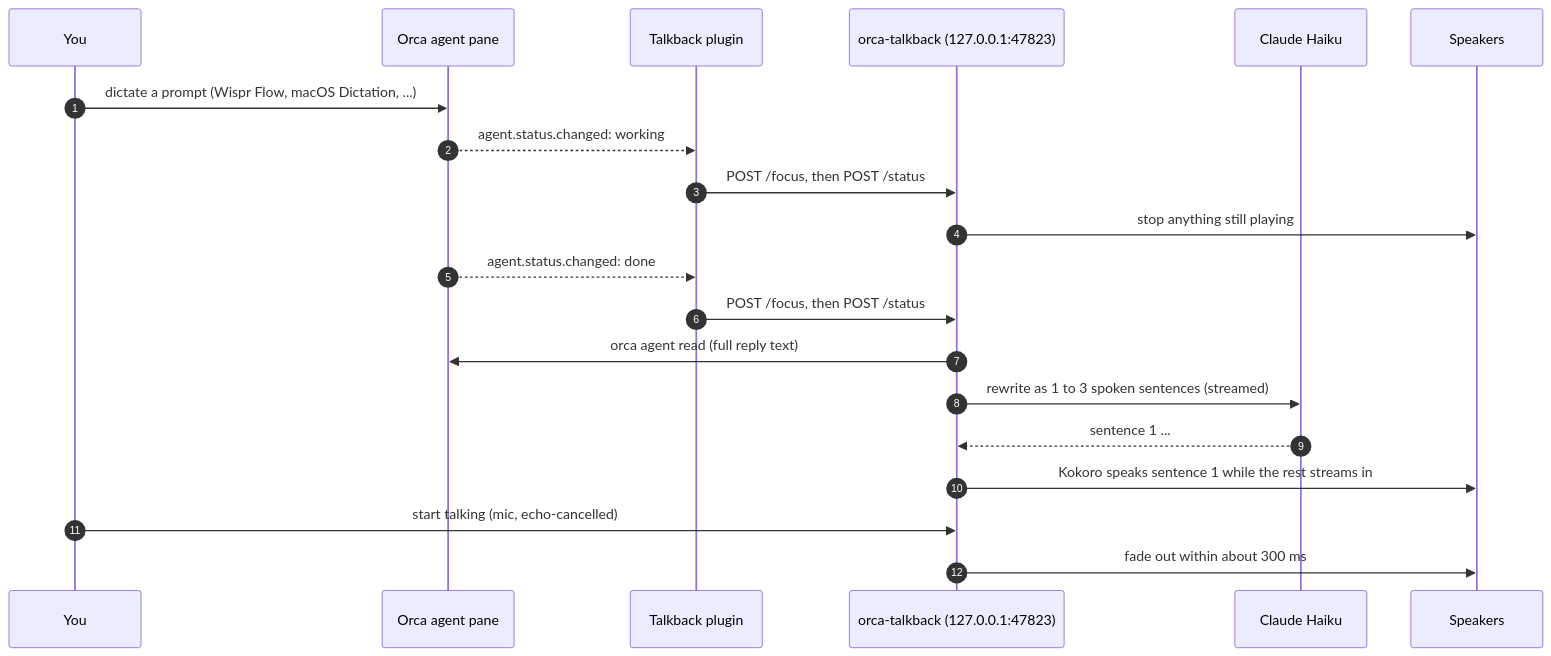
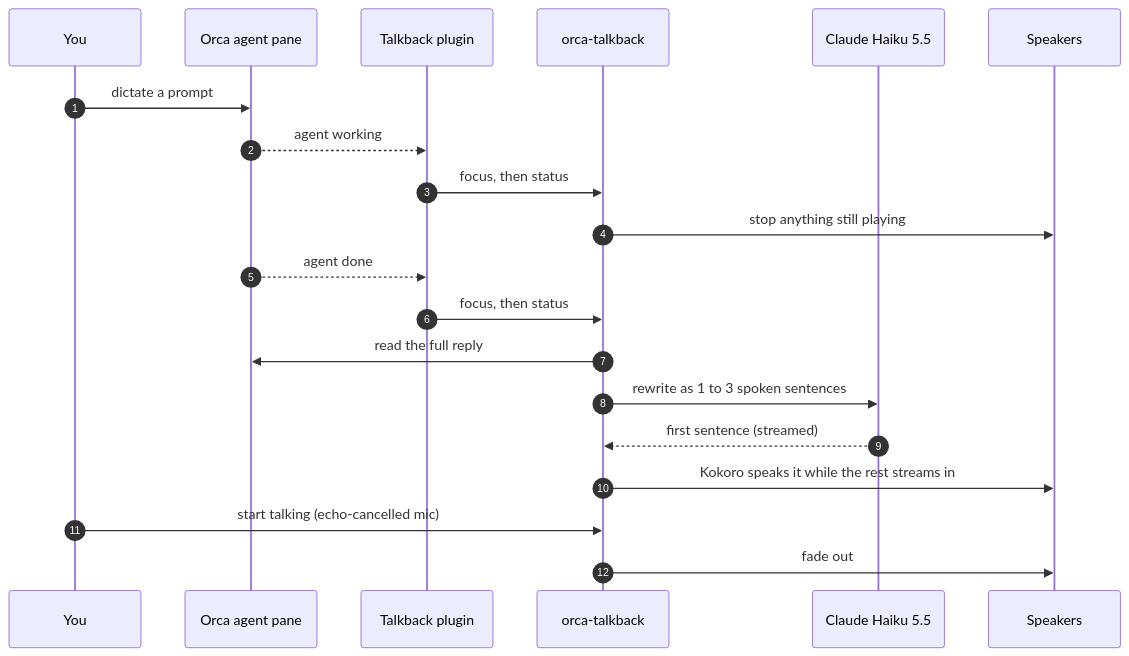
Before and after one commit to CallumJMac/orca-talkback: the diagram in README.md, drawn with Mermaid. The commit also changed other lines of this file and 1 other file, not shown here.

First line of the commit message:
Rewrite README for first-time visitors

````diff
--- a/README.md
+++ b/README.md
@@ -117,23 +101,23 @@
 ```mermaid
 sequenceDiagram
     autonumber
     participant You
     participant Orca as Orca agent pane
     participant Plugin as Talkback plugin
-    participant Daemon as orca-talkback (127.0.0.1:47823)
-    participant Haiku as Claude Haiku
+    participant Daemon as orca-talkback
+    participant Haiku as Claude Haiku 5.5
     participant Speakers
 
-    You->>Orca: dictate a prompt (Wispr Flow, macOS Dictation, ...)
-    Orca-->>Plugin: agent.status.changed: working
-    Plugin->>Daemon: POST /focus, then POST /status
+    You->>Orca: dictate a prompt
+    Orca-->>Plugin: agent working
+    Plugin->>Daemon: focus, then status
     Daemon->>Speakers: stop anything still playing
-    Orca-->>Plugin: agent.status.changed: done
-    Plugin->>Daemon: POST /focus, then POST /status
-    Daemon->>Orca: orca agent read (full reply text)
-    Daemon->>Haiku: rewrite as 1 to 3 spoken sentences (streamed)
-    Haiku-->>Daemon: sentence 1 ...
-    Daemon->>Speakers: Kokoro speaks sentence 1 while the rest streams in
-    You->>Daemon: start talking (mic, echo-cancelled)
-    Daemon->>Speakers: fade out within about 300 ms
+    Orca-->>Plugin: agent done
+    Plugin->>Daemon: focus, then status
+    Daemon->>Orca: read the full reply
+    Daemon->>Haiku: rewrite as 1 to 3 spoken sentences
+    Haiku-->>Daemon: first sentence (streamed)
+    Daemon->>Speakers: Kokoro speaks it while the rest streams in
+    You->>Daemon: start talking (echo-cancelled mic)
+    Daemon->>Speakers: fade out
 ```
````
